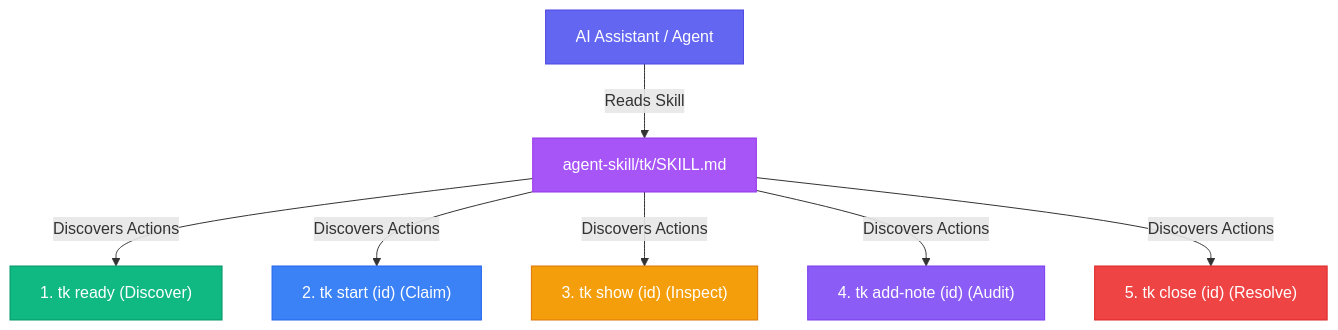
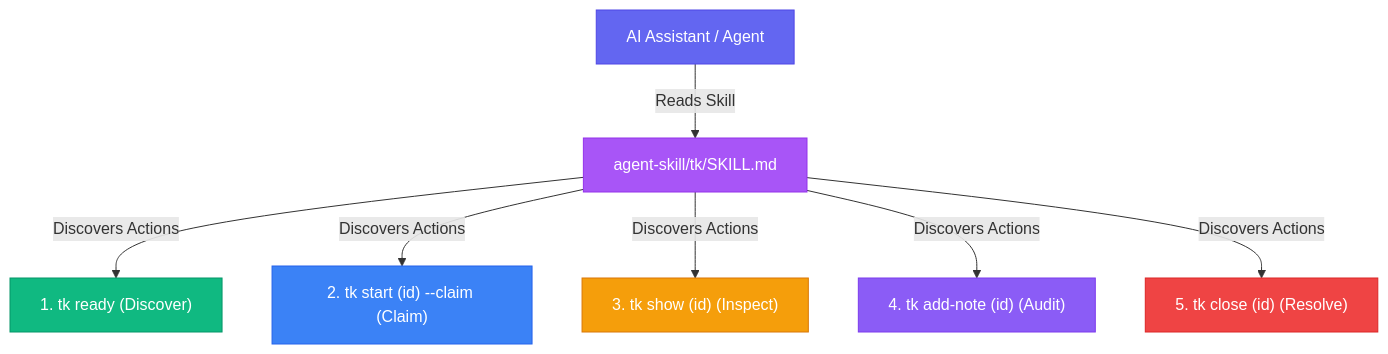
One commit to msampathkumar/ticket changed the diagram in docs/agents/agent-skill.md. Above: the diagram before and after it, drawn with Mermaid. The commit also changed other lines of this file and 6 other files, not shown here.

````diff
--- a/docs/agents/agent-skill.md
+++ b/docs/agents/agent-skill.md
@@ -40,17 +41,17 @@
 ```mermaid
 graph TD
     A["AI Assistant / Agent"] -->|Reads Skill| B["agent-skill/tk/SKILL.md"]
     B -->|Discovers Actions| C["1. tk ready (Discover)"]
-    B -->|Discovers Actions| D["2. tk start (id) (Claim)"]
+    B -->|Discovers Actions| D["2. tk start (id) --claim (Claim)"]
     B -->|Discovers Actions| E["3. tk show (id) (Inspect)"]
     B -->|Discovers Actions| F["4. tk add-note (id) (Audit)"]
     B -->|Discovers Actions| G["5. tk close (id) (Resolve)"]
     
     style A fill:#6366f1,stroke:#4f46e5,color:#fff
     style B fill:#a855f7,stroke:#9333ea,color:#fff
     style C fill:#10b981,stroke:#059669,color:#fff
     style D fill:#3b82f6,stroke:#2563eb,color:#fff
     style E fill:#f59e0b,stroke:#d97706,color:#fff
     style F fill:#8b5cf6,stroke:#7c3aed,color:#fff
     style G fill:#ef4444,stroke:#dc2626,color:#fff
 ```
````
